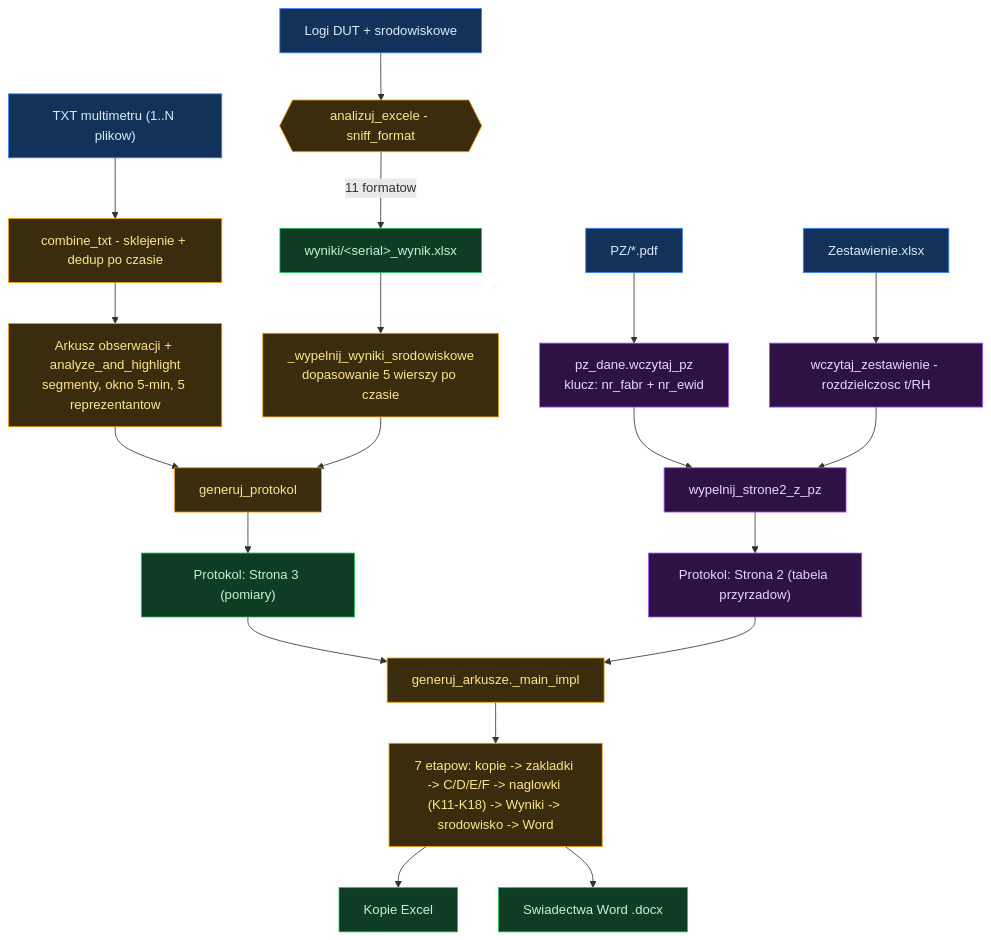
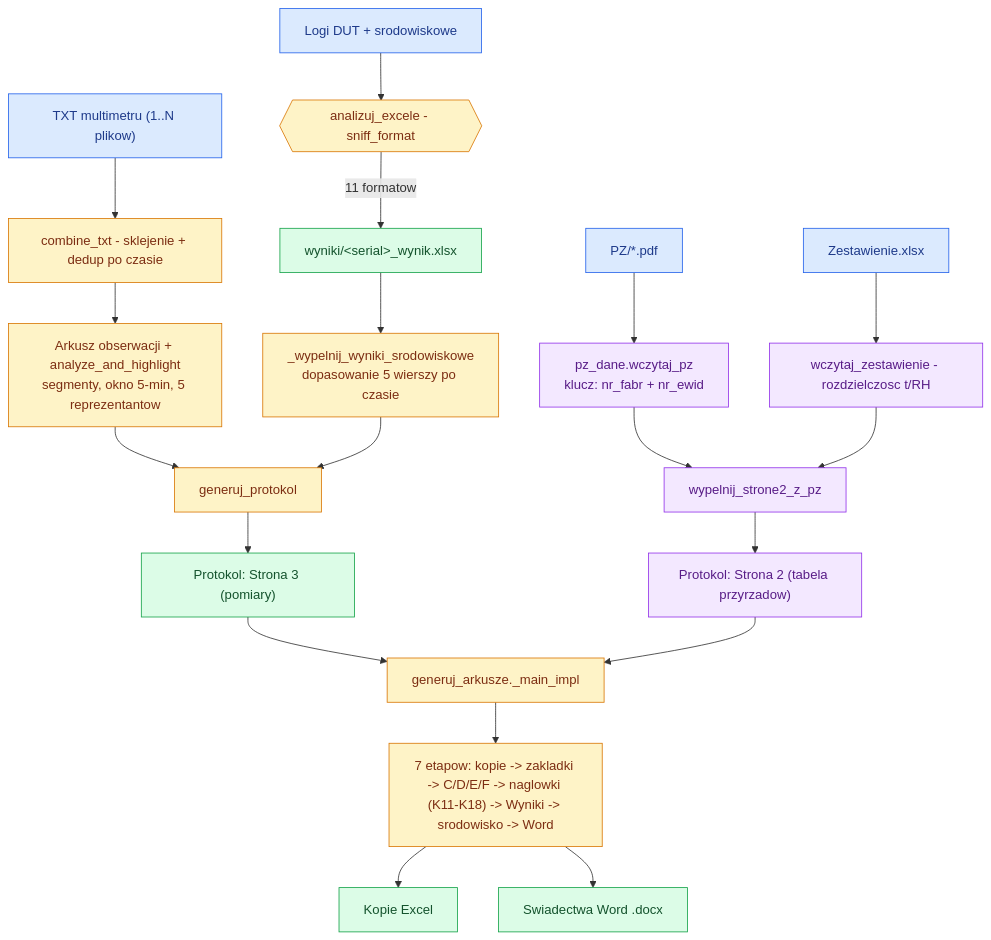
One commit to Azhdzer/script-protokol-arkusz-cc-clean changed the second of 5 diagrams in README.md. Above: the diagram before and after it, drawn with Mermaid. The commit also changed other lines of this file and 1 other file, not shown here.

First line of the commit message:
Docs: mega-schemat pelnego obiegu (FAZA 0 -> analiza -> obserwacja -> arkusze)

````diff
--- a/README.md
+++ b/README.md
@@ -68,30 +68,30 @@
 ```mermaid
 flowchart TD
   A["Logi DUT + srodowiskowe"] --> B{{"analizuj_excele - sniff_format"}}
   B -->|"11 formatow"| C["wyniki/&lt;serial&gt;_wynik.xlsx"]
   D["TXT multimetru (1..N plikow)"] --> E["combine_txt - sklejenie + dedup po czasie"]
   E --> F["Arkusz obserwacji + analyze_and_highlight<br/>segmenty, okno 5-min, 5 reprezentantow"]
   F --> G["generuj_protokol"]
   C --> H["_wypelnij_wyniki_srodowiskowe<br/>dopasowanie 5 wierszy po czasie"]
   H --> G
   PZ["PZ/*.pdf"] --> I["pz_dane.wczytaj_pz<br/>klucz: nr_fabr + nr_ewid"]
   ZEST["Zestawienie.xlsx"] --> J["wczytaj_zestawienie - rozdzielczosc t/RH"]
   I --> K["wypelnij_strone2_z_pz"]
   J --> K
   G --> L["Protokol: Strona 3 (pomiary)"]
   K --> M["Protokol: Strona 2 (tabela przyrzadow)"]
   L --> N["generuj_arkusze._main_impl"]
   M --> N
   N --> O["7 etapow: kopie -> zakladki -> C/D/E/F -> naglowki (K11-K18) -> Wyniki -> srodowisko -> Word"]
   O --> P["Kopie Excel"]
   O --> Q["Swiadectwa Word .docx"]
 
-  classDef in fill:#12325a,stroke:#3b82f6,color:#dbeafe;
-  classDef xf fill:#3a2c0c,stroke:#f59e0b,color:#fde68a;
-  classDef out fill:#0f3d24,stroke:#22c55e,color:#bbf7d0;
-  classDef pz fill:#2e1245,stroke:#a855f7,color:#e9d5ff;
+  classDef in fill:#dbeafe,stroke:#2563eb,color:#1e3a8a;
+  classDef xf fill:#fef3c7,stroke:#d97706,color:#7c2d12;
+  classDef out fill:#dcfce7,stroke:#16a34a,color:#14532d;
+  classDef pz fill:#f3e8ff,stroke:#9333ea,color:#581c87;
   class A,D,PZ,ZEST in
   class B,E,F,G,H,N,O xf
   class C,L,P,Q out
   class I,J,K,M pz
 ```
````
